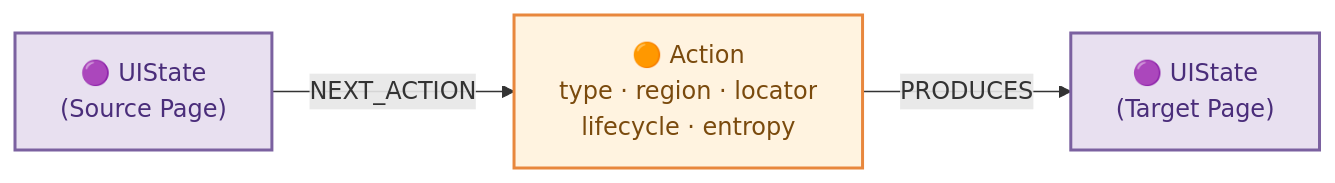
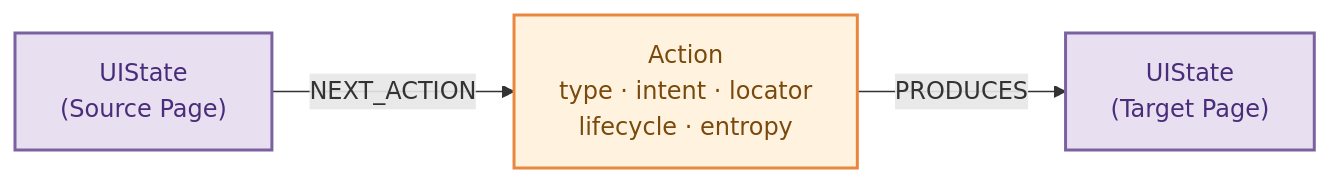
Before and after one commit to He2y/ShoppingClaw: the fifth of 8 diagrams in phone_agent/docs/ARCHITECTURE.md, drawn with Mermaid. The commit also changed other lines of this file and 1 other file, not shown here.

First line of the commit message:
docs: rewrite system architecture for academic paper foundation

````diff
--- a/phone_agent/docs/ARCHITECTURE.md
+++ b/phone_agent/docs/ARCHITECTURE.md
@@ -343,9 +305,9 @@
 ```mermaid
 graph LR
-    S["🟣 UIState\n(Source Page)"] -->|"NEXT_ACTION"| A["🟠 Action\ntype · region · locator\nlifecycle · entropy"]
-    A -->|"PRODUCES"| T["🟣 UIState\n(Target Page)"]
+    S["UIState\n(Source Page)"] -->|"NEXT_ACTION"| A["Action\ntype · intent · locator\nlifecycle · entropy"]
+    A -->|"PRODUCES"| T["UIState\n(Target Page)"]
 
     style S fill:#E8E0F0,stroke:#7B61A0,stroke-width:2px,color:#4a2d7a
     style A fill:#FFF3E0,stroke:#E8873D,stroke-width:2px,color:#7a4a0d
     style T fill:#E8E0F0,stroke:#7B61A0,stroke-width:2px,color:#4a2d7a
 ```
````
